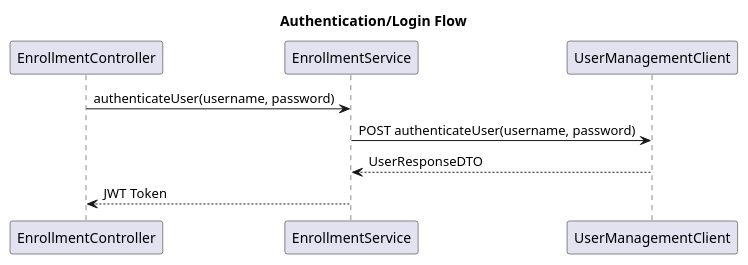
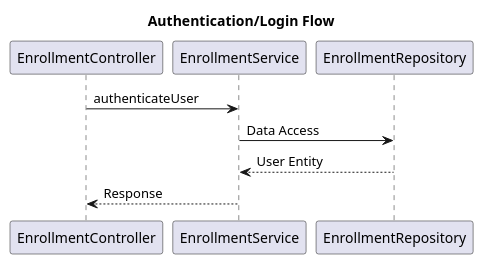
Before and after one commit to Dinesh-s95/AutoDoc.ai: the second of 6 diagrams in enrollment/documentation/detaileddesign.adoc, drawn with PlantUML. The commit also changed other lines of this file and 16 other files, not shown here.

```diff
--- a/enrollment/documentation/detaileddesign.adoc
+++ b/enrollment/documentation/detaileddesign.adoc
@@ -124,9 +117,9 @@
-[plantuml, runtime-sequence]
+[plantuml, runtime-view]
 ----
 title Authentication/Login Flow
-
-EnrollmentController -> EnrollmentService: authenticateUser(username, password)
-EnrollmentService -> UserManagementClient: POST authenticateUser(username, password)
-UserManagementClient --> EnrollmentService: UserResponseDTO
-EnrollmentService --> EnrollmentController: JWT Token
+participant EnrollmentController
+EnrollmentController -> EnrollmentService: authenticateUser
+EnrollmentService -> EnrollmentRepository: Data Access
+EnrollmentRepository --> EnrollmentService: User Entity
+EnrollmentService --> EnrollmentController: Response
 ----
```
